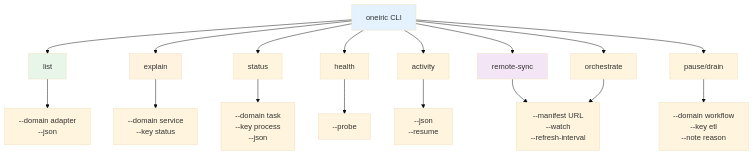
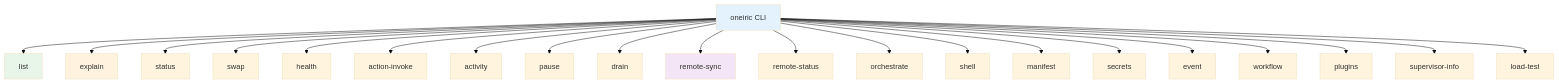
Diagram 30 of 32 in docs/VISUAL_GUIDE.md (lesleslie/oneiric), drawn with Mermaid (base theme) before and after one commit. The commit also changed other lines of this file, not shown here.

First line of the commit message:
fix(oneiric): trim deployment diagram to documented targets (Cloud Run + systemd)

````diff
--- a/docs/VISUAL_GUIDE.md
+++ b/docs/VISUAL_GUIDE.md
@@ -1037,25 +1004,28 @@
 ```mermaid
 graph TB
     A[oneiric CLI] --> B[list]
     A --> C[explain]
     A --> D[status]
+    A --> D2[swap]
     A --> E[health]
+    A --> E2[action-invoke]
     A --> F[activity]
+    A --> F2[pause]
+    A --> F3[drain]
     A --> G[remote-sync]
+    A --> G2[remote-status]
     A --> H[orchestrate]
-    A --> I[pause/drain]
-
-    B --> J[--domain adapter<br/>--json]
-    C --> K[--domain service<br/>--key status]
-    D --> L[--domain task<br/>--key process<br/>--json]
-    E --> M[--probe]
-    F --> N[--json<br/>--resume]
-    G --> O[--manifest URL<br/>--watch<br/>--refresh-interval]
-    H --> O
-    I --> P[--domain workflow<br/>--key etl<br/>--note reason]
+    A --> H2[shell]
+    A --> M[manifest]
+    A --> S[secrets]
+    A --> Ev[event]
+    A --> W[workflow]
+    A --> P[plugins]
+    A --> SI[supervisor-info]
+    A --> L[load-test]
 
     style A fill:#e3f2fd
     style B fill:#e8f5e9
     style C fill:#fff3e0
     style G fill:#f3e5f5
 ```
````
